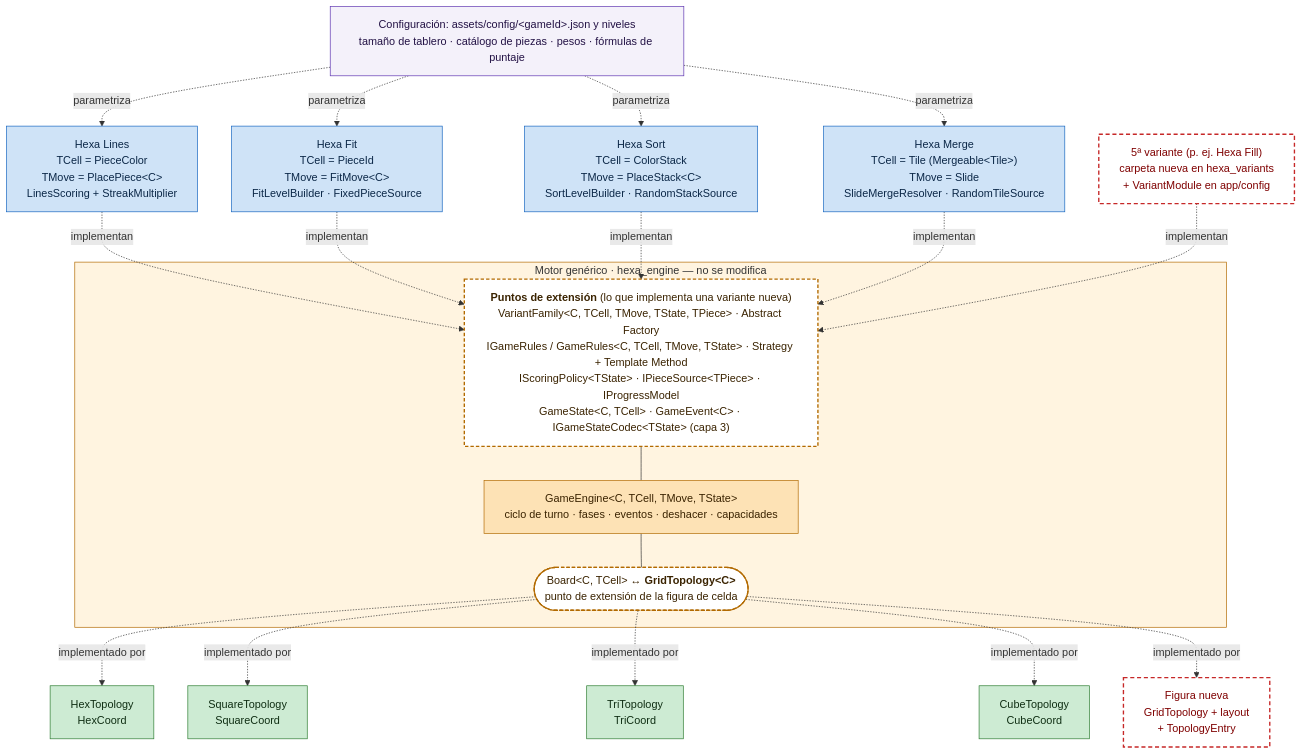
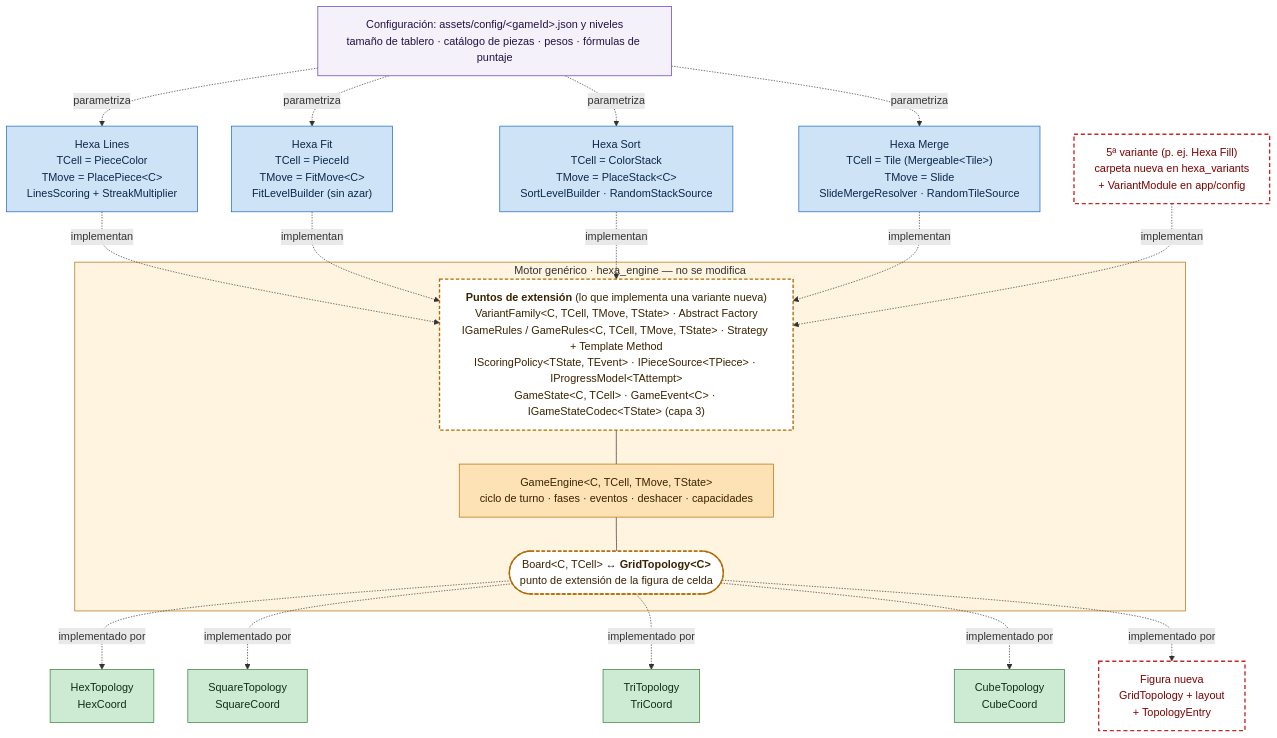
The diagram in docs/diagrams/extensibilidad.mmd (DanielHaro28/hexablock-app), drawn with Mermaid before and after one commit. The commit also changed 29 other files, not shown here.

```diff
--- a/docs/diagrams/extensibilidad.mmd
+++ b/docs/diagrams/extensibilidad.mmd
@@ -1,41 +1,41 @@
 %% Diagrama de extensibilidad de hexablock-app (enunciado §4.3). Acompaña a docs/EXTENSIBILITY.md. Imagen: extensibilidad.png
 %%{init: {"flowchart": {"wrappingWidth": 460}}}%%
 flowchart TB
     CFG["Configuración: assets/config/&lt;gameId&gt;.json y niveles<br/>tamaño de tablero · catálogo de piezas · pesos · fórmulas de puntaje"]
 
     HL["Hexa Lines<br/>TCell = PieceColor<br/>TMove = PlacePiece&lt;C&gt;<br/>LinesScoring + StreakMultiplier"]
-    HF["Hexa Fit<br/>TCell = PieceId<br/>TMove = FitMove&lt;C&gt;<br/>FitLevelBuilder · FixedPieceSource"]
+    HF["Hexa Fit<br/>TCell = PieceId<br/>TMove = FitMove&lt;C&gt;<br/>FitLevelBuilder (sin azar)"]
     HS["Hexa Sort<br/>TCell = ColorStack<br/>TMove = PlaceStack&lt;C&gt;<br/>SortLevelBuilder · RandomStackSource"]
     HM["Hexa Merge<br/>TCell = Tile (Mergeable&lt;Tile&gt;)<br/>TMove = Slide<br/>SlideMergeResolver · RandomTileSource"]
     H5["5ª variante (p. ej. Hexa Fill)<br/>carpeta nueva en hexa_variants<br/>+ VariantModule en app/config"]
 
     subgraph CORE["Motor genérico · hexa_engine — no se modifica"]
-        EXT["<b>Puntos de extensión</b> (lo que implementa una variante nueva)<br/>VariantFamily&lt;C, TCell, TMove, TState, TPiece&gt; · Abstract Factory<br/>IGameRules / GameRules&lt;C, TCell, TMove, TState&gt; · Strategy + Template Method<br/>IScoringPolicy&lt;TState&gt; · IPieceSource&lt;TPiece&gt; · IProgressModel<br/>GameState&lt;C, TCell&gt; · GameEvent&lt;C&gt; · IGameStateCodec&lt;TState&gt; (capa 3)"]
+        EXT["<b>Puntos de extensión</b> (lo que implementa una variante nueva)<br/>VariantFamily&lt;C, TCell, TMove, TState&gt; · Abstract Factory<br/>IGameRules / GameRules&lt;C, TCell, TMove, TState&gt; · Strategy + Template Method<br/>IScoringPolicy&lt;TState, TEvent&gt; · IPieceSource&lt;TPiece&gt; · IProgressModel&lt;TAttempt&gt;<br/>GameState&lt;C, TCell&gt; · GameEvent&lt;C&gt; · IGameStateCodec&lt;TState&gt; (capa 3)"]
         ENG["GameEngine&lt;C, TCell, TMove, TState&gt;<br/>ciclo de turno · fases · eventos · deshacer · capacidades"]
         BRD(["Board&lt;C, TCell&gt; ↔ <b>GridTopology&lt;C&gt;</b><br/>punto de extensión de la figura de celda"])
         EXT --- ENG --- BRD
     end
 
     T1["HexTopology<br/>HexCoord"]
     T2["SquareTopology<br/>SquareCoord"]
     T3["TriTopology<br/>TriCoord"]
     T4["CubeTopology<br/>CubeCoord"]
     T5["Figura nueva<br/>GridTopology + layout<br/>+ TopologyEntry"]
 
     CFG -. parametriza .-> HL & HF & HS & HM
     HL & HF & HS & HM & H5 -. implementan .-> EXT
     BRD -. implementado por .-> T1 & T2 & T3 & T4 & T5
 
     classDef core fill:#FDE2B5,stroke:#B26A00,color:#3A2300
     classDef point fill:#FFFFFF,stroke:#B26A00,stroke-width:2px,stroke-dasharray:5 3,color:#3A2300
     classDef variant fill:#CFE3F7,stroke:#1565C0,color:#0B2747
     classDef topo fill:#CDEBD3,stroke:#2E7D32,color:#0F2E13
     classDef future fill:#FFFFFF,stroke:#C62828,stroke-width:2px,stroke-dasharray:6 4,color:#7F0000
     classDef cfg fill:#F4F1FA,stroke:#5E35B1,color:#221144
     class ENG core
     class EXT,BRD point
     class HL,HF,HS,HM variant
     class T1,T2,T3,T4 topo
     class H5,T5 future
     class CFG cfg
     style CORE fill:#FFF4E0,stroke:#B26A00
```
